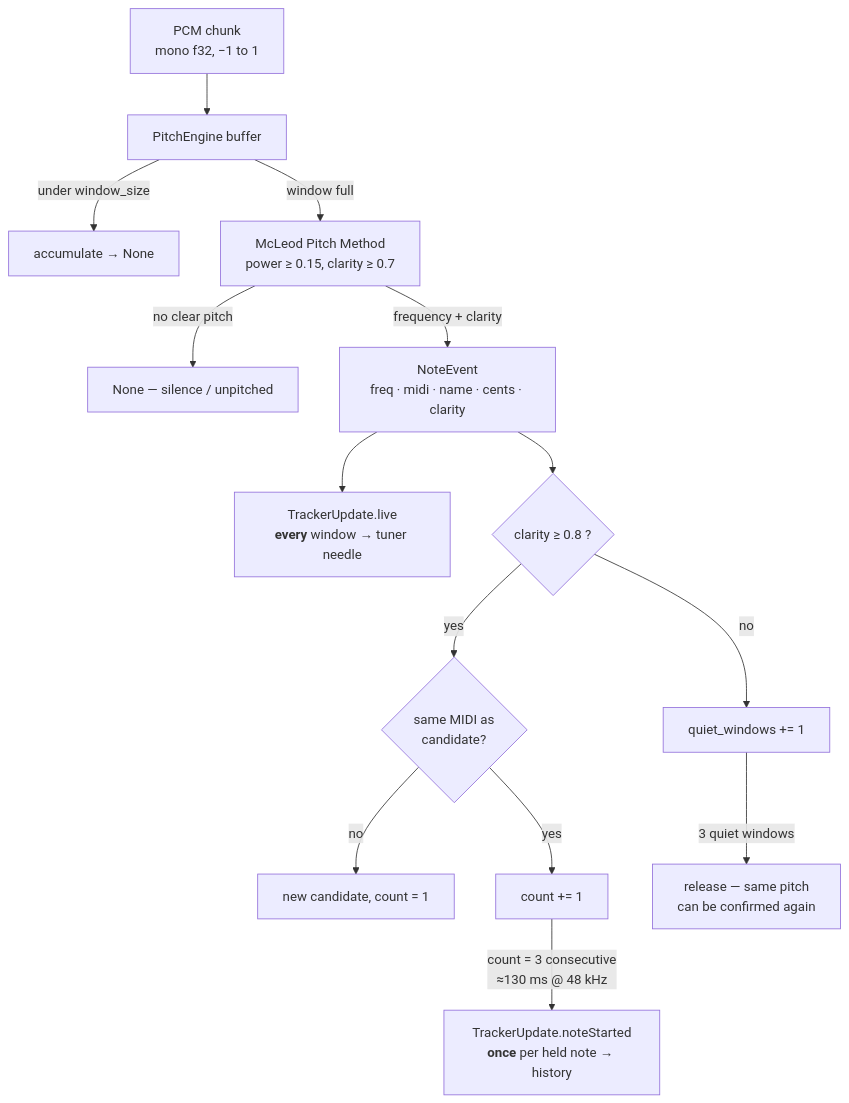
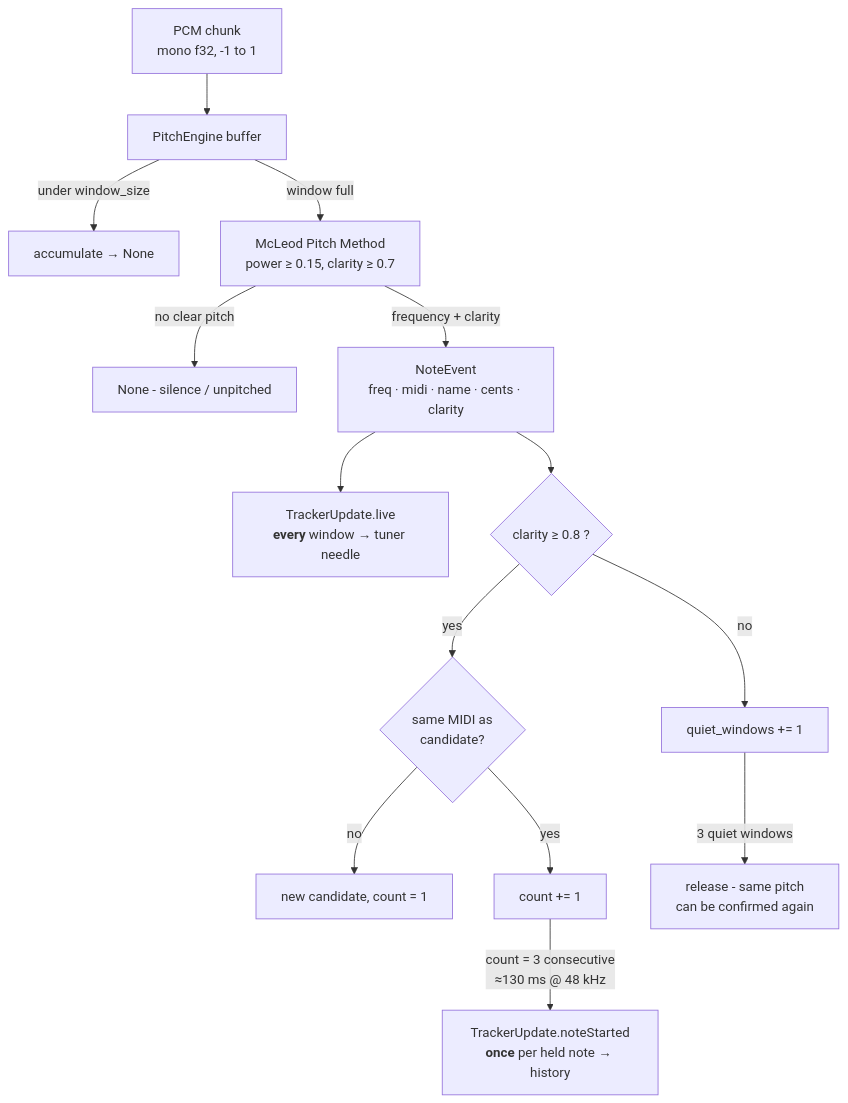
Before and after one commit to soroush-tech/sconote: the third of 8 diagrams in README.md, drawn with Mermaid. The commit also changed other lines of this file and 36 other files, not shown here.

````diff
--- a/README.md
+++ b/README.md
@@ -114,17 +114,17 @@
 ```mermaid
 flowchart TD
-    IN["PCM chunk<br/>mono f32, −1 to 1"] --> BUF["PitchEngine buffer"]
+    IN["PCM chunk<br/>mono f32, -1 to 1"] --> BUF["PitchEngine buffer"]
     BUF -->|"under window_size"| WAIT["accumulate → None"]
     BUF -->|"window full"| MPM["McLeod Pitch Method<br/>power ≥ 0.15, clarity ≥ 0.7"]
-    MPM -->|no clear pitch| NONE["None — silence / unpitched"]
+    MPM -->|no clear pitch| NONE["None - silence / unpitched"]
     MPM -->|frequency + clarity| NE["NoteEvent<br/>freq · midi · name · cents · clarity"]
 
     NE --> LIVE["TrackerUpdate.live<br/><b>every</b> window → tuner needle"]
     NE --> GATE{"clarity ≥ 0.8 ?"}
     GATE -->|no| Q
     GATE -->|yes| SAME{"same MIDI as<br/>candidate?"}
     SAME -->|no| RESET["new candidate, count = 1"]
     SAME -->|yes| COUNT["count += 1"]
     COUNT -->|"count = 3 consecutive<br/>≈130 ms @ 48 kHz"| STARTED["TrackerUpdate.noteStarted<br/><b>once</b> per held note → history"]
-    Q["quiet_windows += 1"] -->|"3 quiet windows"| REL["release — same pitch<br/>can be confirmed again"]
+    Q["quiet_windows += 1"] -->|"3 quiet windows"| REL["release - same pitch<br/>can be confirmed again"]
 ```
````
